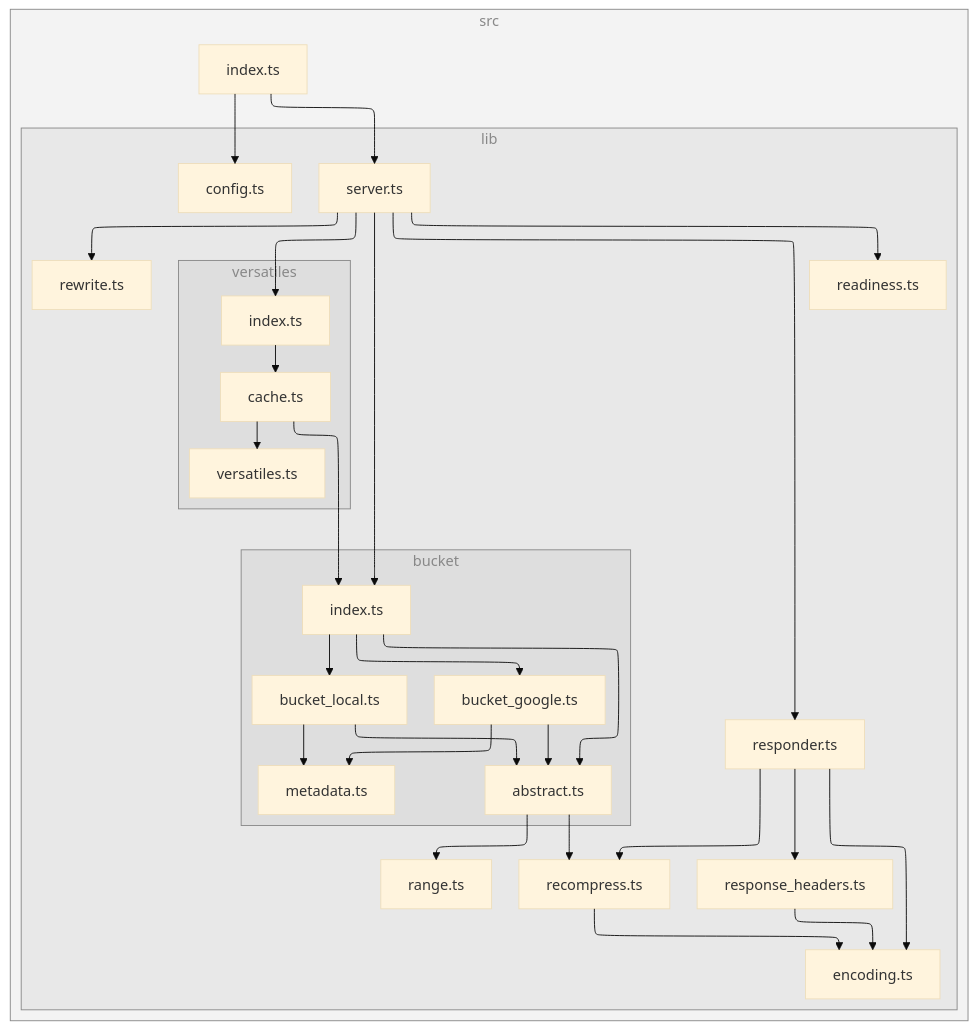
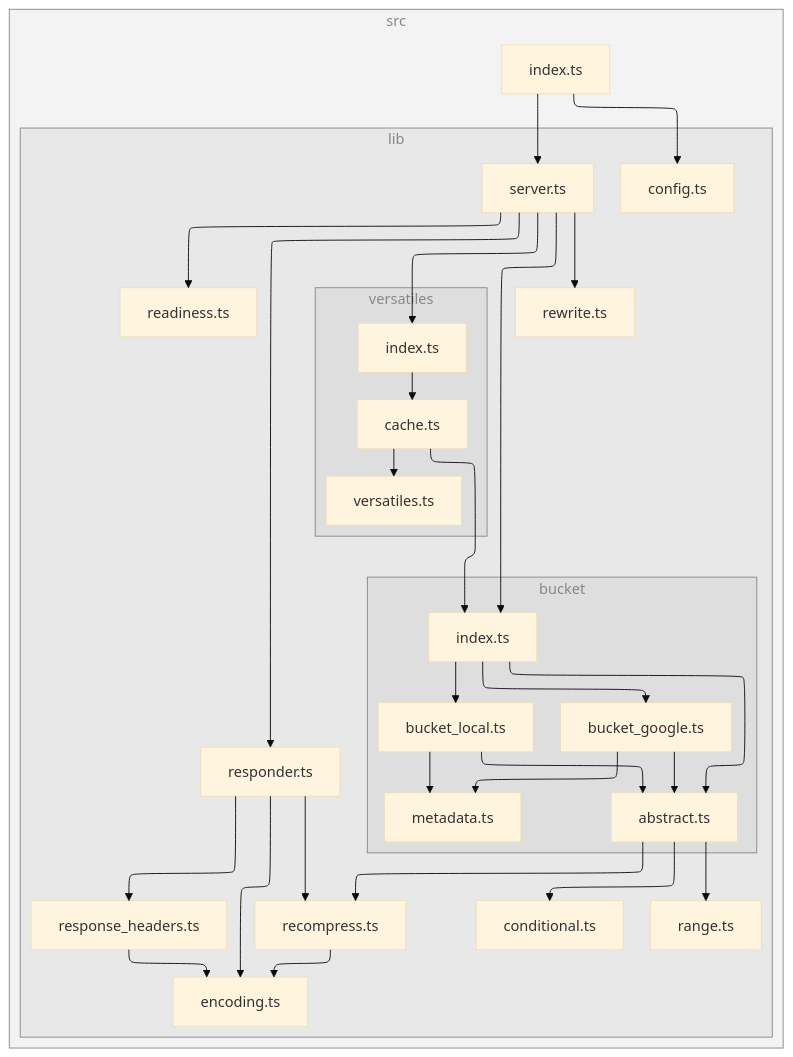
The diagram in README.md (versatiles-org/node-versatiles-google-cloud), drawn with Mermaid (base theme) before and after one commit. The commit also changed 3 other files, not shown here.

Commit message:
feat: implement conditional response handling with sendNotModified method and ifNoneMatchMatches function

````diff
--- a/README.md
+++ b/README.md
@@ -408,61 +408,63 @@
 ```mermaid
 ---
 config:
   layout: elk
 ---
 flowchart TB
 
 subgraph 0["src"]
 1["index.ts"]
 subgraph 2["lib"]
 3["config.ts"]
 4["server.ts"]
 subgraph 5["bucket"]
 6["index.ts"]
 7["abstract.ts"]
-B["bucket_google.ts"]
-C["metadata.ts"]
-D["bucket_local.ts"]
+C["bucket_google.ts"]
+D["metadata.ts"]
+E["bucket_local.ts"]
 end
-8["range.ts"]
-9["recompress.ts"]
-A["encoding.ts"]
-E["readiness.ts"]
-F["responder.ts"]
-G["response_headers.ts"]
-H["rewrite.ts"]
-subgraph I["versatiles"]
-J["index.ts"]
-K["cache.ts"]
-L["versatiles.ts"]
+8["conditional.ts"]
+9["range.ts"]
+A["recompress.ts"]
+B["encoding.ts"]
+F["readiness.ts"]
+G["responder.ts"]
+H["response_headers.ts"]
+I["rewrite.ts"]
+subgraph J["versatiles"]
+K["index.ts"]
+L["cache.ts"]
+M["versatiles.ts"]
 end
 end
 end
 1-->3
 1-->4
 4-->6
-4-->E
 4-->F
-4-->H
-4-->J
+4-->G
+4-->I
+4-->K
 6-->7
-6-->B
-6-->D
+6-->C
+6-->E
 7-->8
 7-->9
-9-->A
-B-->7
-B-->C
-D-->7
-D-->C
-F-->A
-F-->9
-F-->G
+7-->A
+A-->B
+C-->7
+C-->D
+E-->7
+E-->D
+G-->B
 G-->A
-J-->K
-K-->6
+G-->H
+H-->B
 K-->L
+L-->6
+L-->M
 
-class 0,2,5,I subgraphs;
+class 0,2,5,J subgraphs;
 classDef subgraphs fill-opacity:0.1, fill:#888, color:#888, stroke:#888;
 ```
````
